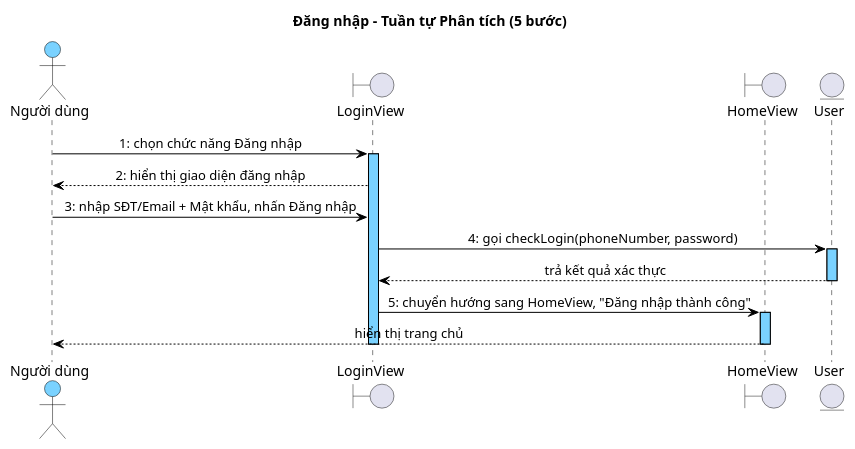
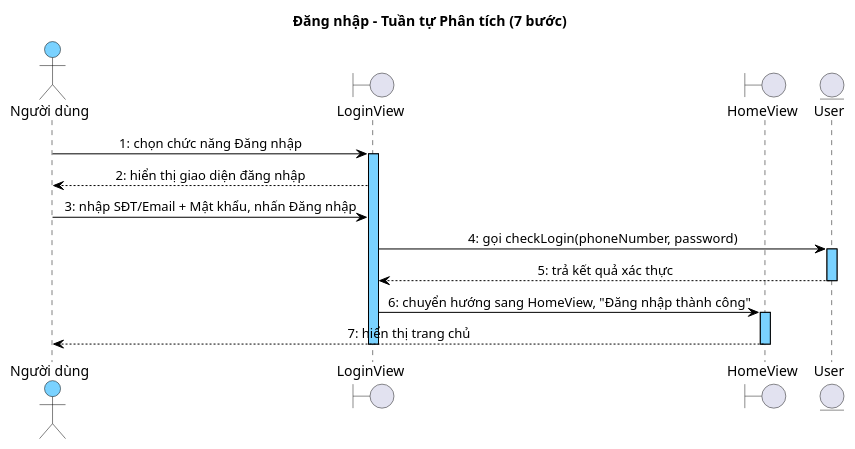
One commit to thanhtrnnn/cnpm changed the third of 7 diagrams in docs/tabs/account/ii-analysis.md. Above: the diagram before and after it, drawn with PlantUML. The commit also changed other lines of this file and 19 other files, not shown here.

First line of the commit message:
fix: account sequence diagrams 1:1 step parity (II.4 + III.4) + 4.2 format

````diff
--- a/docs/tabs/account/ii-analysis.md
+++ b/docs/tabs/account/ii-analysis.md
@@ -412,44 +412,44 @@
 ```plantuml
 @startuml
 skinparam shadowing false
 skinparam SequenceMessageAlign left
 skinparam sequenceMessageAlign center
 skinparam sequenceArrowThickness 1
 skinparam sequenceLifeLineBorderColor #000000
 skinparam sequenceLifeLineBackgroundColor #7AD2FF
 skinparam sequenceParticipantBackgroundColor #7AD2FF
 skinparam sequenceParticipantBorderColor #000000
 skinparam sequenceParticipantFontColor #000000
 skinparam sequenceArrowColor #000000
 skinparam sequenceArrowFontColor #000000
 skinparam sequenceGroupBorderColor #000000
 skinparam sequenceGroupBackgroundColor #DDEEFF
 skinparam sequenceDividerBorderColor #000000
 skinparam sequenceDividerBackgroundColor #DDEEFF
 skinparam sequenceMessageFontColor #000000
 skinparam sequenceMessageFontSize 10
 skinparam sequenceActorBorderColor #000000
 skinparam sequenceActorBackgroundColor #7AD2FF
 skinparam sequenceActorFontColor #000000
-title Đăng nhập – Tuần tự Phân tích (5 bước)
+title Đăng nhập – Tuần tự Phân tích (7 bước)
 
 actor "Người dùng" as Actor
 boundary LoginView as B1
 boundary HomeView as B2
 entity User as E1
 
 Actor -> B1 : 1: chọn chức năng Đăng nhập
 activate B1
 B1 --> Actor : 2: hiển thị giao diện đăng nhập
 Actor -> B1 : 3: nhập SĐT/Email + Mật khẩu, nhấn Đăng nhập
 B1 -> E1 : 4: gọi checkLogin(phoneNumber, password)
 activate E1
-E1 --> B1 : trả kết quả xác thực
+E1 --> B1 : 5: trả kết quả xác thực
 deactivate E1
-B1 -> B2 : 5: chuyển hướng sang HomeView, "Đăng nhập thành công"
+B1 -> B2 : 6: chuyển hướng sang HomeView, "Đăng nhập thành công"
 activate B2
-B2 --> Actor : hiển thị trang chủ
+B2 --> Actor : 7: hiển thị trang chủ
 deactivate B2
 deactivate B1
 @enduml
 ```
````
